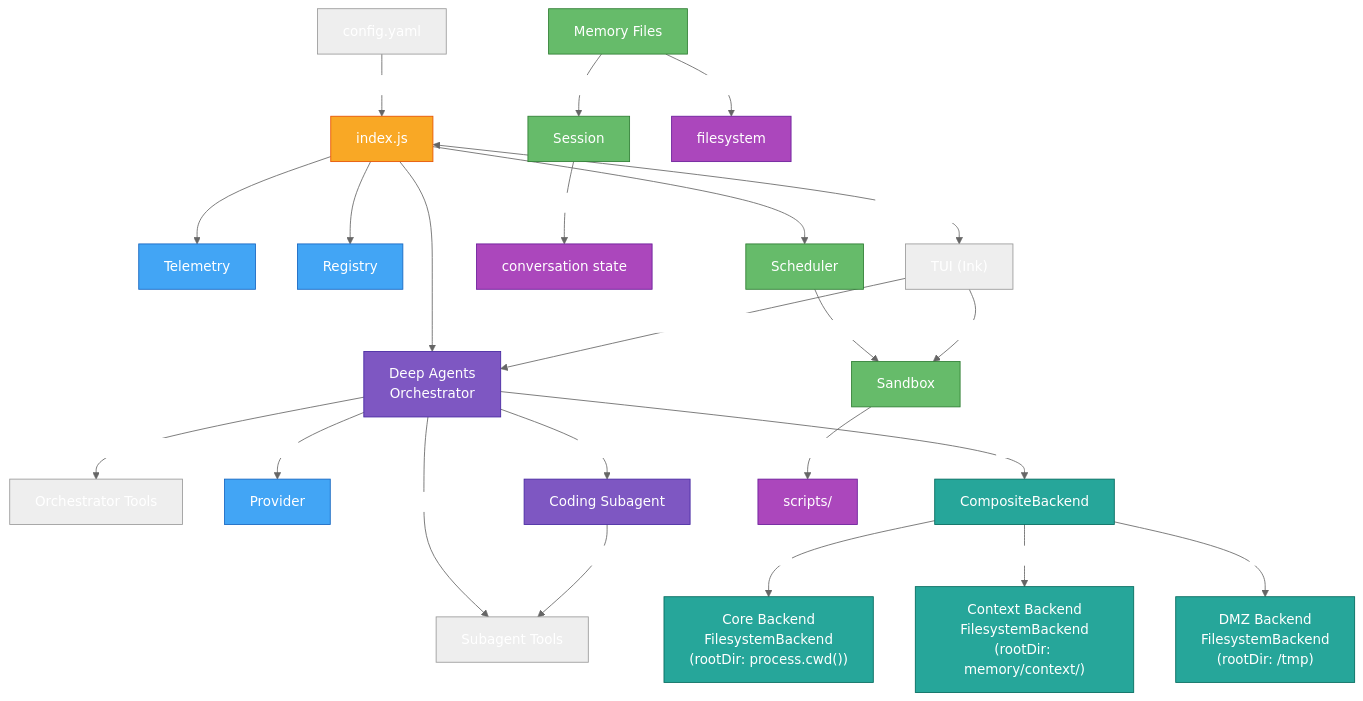
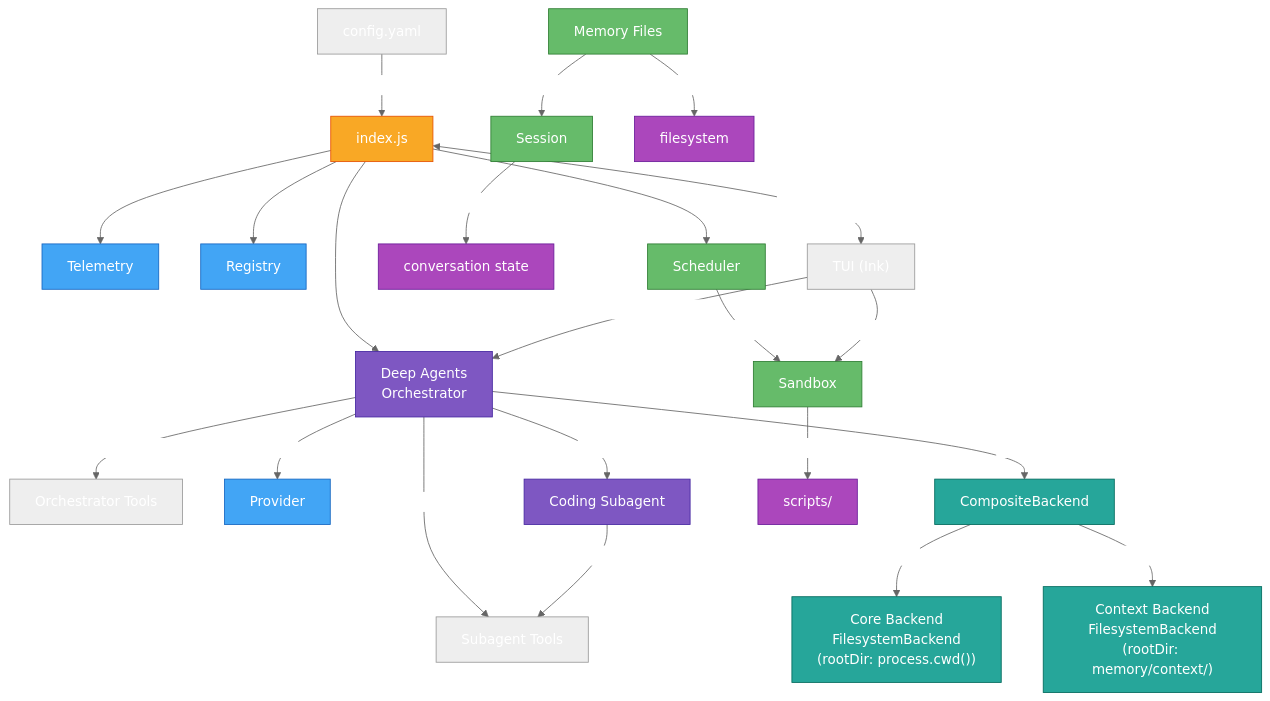
One commit to avoidwork/madz changed the diagram in docs/OVERVIEW.md. Above: the diagram before and after it, drawn with Mermaid (neutral theme). The commit also changed other lines of this file and 6 other files, not shown here.

First line of the commit message:
fix: DMZ backend should use /app/tmp instead of /tmp to avoid permission issues (#628)

````diff
--- a/docs/OVERVIEW.md
+++ b/docs/OVERVIEW.md
@@ -9,38 +9,37 @@
 ```mermaid
 graph TD
     C["config.yaml"] -->|"loadConfig()"| I["index.js"]
     I --> T["Telemetry"]
     I --> R["Registry"]
     I --> S["Scheduler"]
     I --> DA["Deep Agents\nOrchestrator"]
     DA -->|"orchestrator + shared"| OT["Orchestrator Tools"]
     DA -->|"subagent + shared"| ST["Subagent Tools"]
     DA -->|"model"| P["Provider"]
     DA -->|"backend"| CB["CompositeBackend"]
     CB -->|"default"| CFB["Core Backend\nFilesystemBackend\n(rootDir: process.cwd())"]
     CB -->|"/memory/context/"| CTB["Context Backend\nFilesystemBackend\n(rootDir: memory/context/)"]
-    CB -->|"/tmp"| DB["DMZ Backend\nFilesystemBackend\n(rootDir: /tmp)"]
     DA -->|"delegate"| SA["Coding Subagent"]
     SA -->|"execution"| ST
     S -->|"runNow()"| SB["Sandbox"]
     SB -->|"spawn()"| SK["scripts/"]
     TM["Memory Files"] -->|"context"| SE["Session"]
     SE -->|context window| CW["conversation state"]
     TM -->|write/read| FS["filesystem"]
     UI["TUI (Ink)"] -->|"handleConversation"| DA
     UI -->|"invokeSkill"| SB
     I <-->|handleConversation / invokeSkill| UI
     classDef root fill:#f9a825,color:#fff,stroke:#e65100
     classDef core fill:#42a5f5,color:#fff,stroke:#1565c0
     classDef util fill:#66bb6a,color:#fff,stroke:#2e7d32
     classDef ext fill:#ab47bc,color:#fff,stroke:#6a1b9a
     classDef cache fill:#26a69a,color:#fff,stroke:#00695c
     classDef agent fill:#7e57c2,color:#fff,stroke:#4527a0
     classDef backend fill:#26a69a,color:#fff,stroke:#00695c
     class I root
     class DA,P,T,R core
     class DA,SA agent
     class S,TM,SE,SB util
     class SK,CW,FS ext
     class CB,CFB,CTB,DB backend
 ```
````
